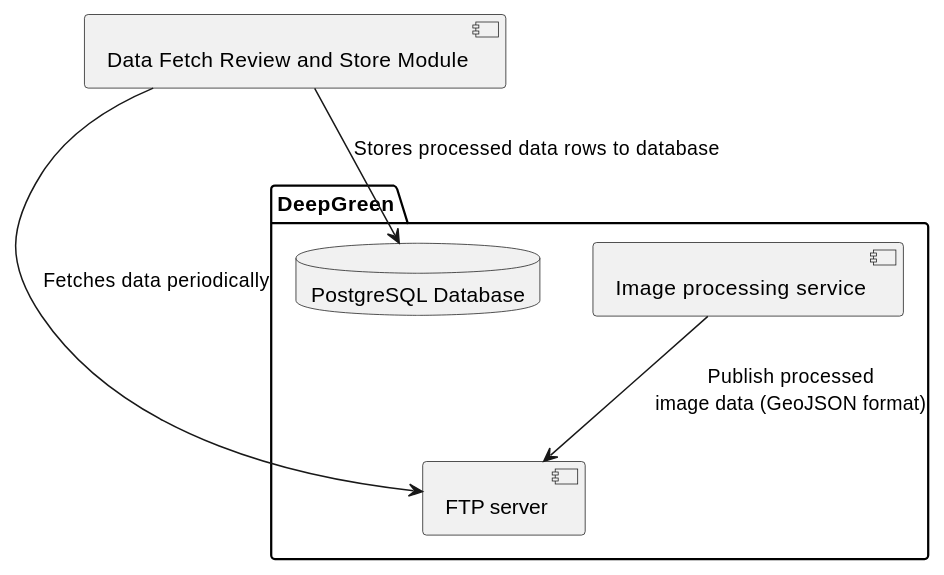
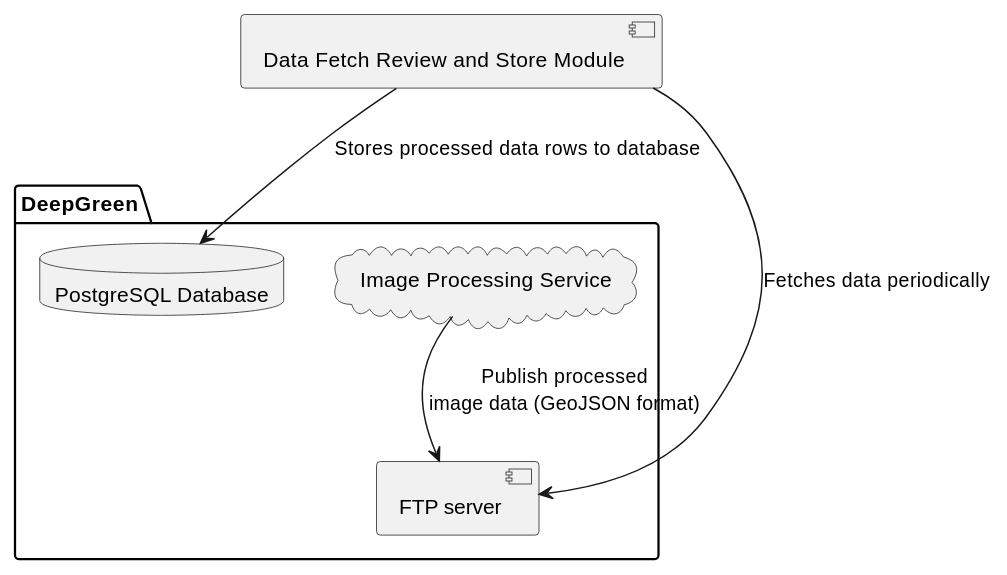
The first of 2 diagrams in TASKS.org (IhorASSA/deepgreen-file-importer), drawn with PlantUML before and after one commit. The commit also changed other lines of this file and 2 other files, not shown here.

```diff
--- a/TASKS.org
+++ b/TASKS.org
@@ -10,19 +11,19 @@
-#+begin_src plantuml :file ./docs/images/1.png :exports results
-together {
-  package "DeepGreen" {
-  [Image processing service] as IS
-  [FTP server] as FTP
+ #+begin_src plantuml :file ./docs/images/1.png :exports results
 
-  database "PostgreSQL Database" as DB
-}
+   package "DeepGreen" {
+   cloud "Image Processing Service" as IS
+   [FTP server] as FTP
 
-  [Data Fetch Review and Store Module] as FRSM
+   database "PostgreSQL Database" as DB
+ }
+
+   [Data Fetch Review and Store Module] as FRSM
 
 
-  IS --> FTP: Publish processed\nimage data (GeoJSON format)
+   IS --> FTP: Publish processed\nimage data (GeoJSON format)
 
-  FRSM --> FTP: Fetches data periodically
-  FRSM --> DB: Stores processed data rows to database
+   FRSM --> FTP: Fetches data periodically
+   FRSM --> DB: Stores processed data rows to database
 
-}
-#+end_src
+
+ #+end_src
```
